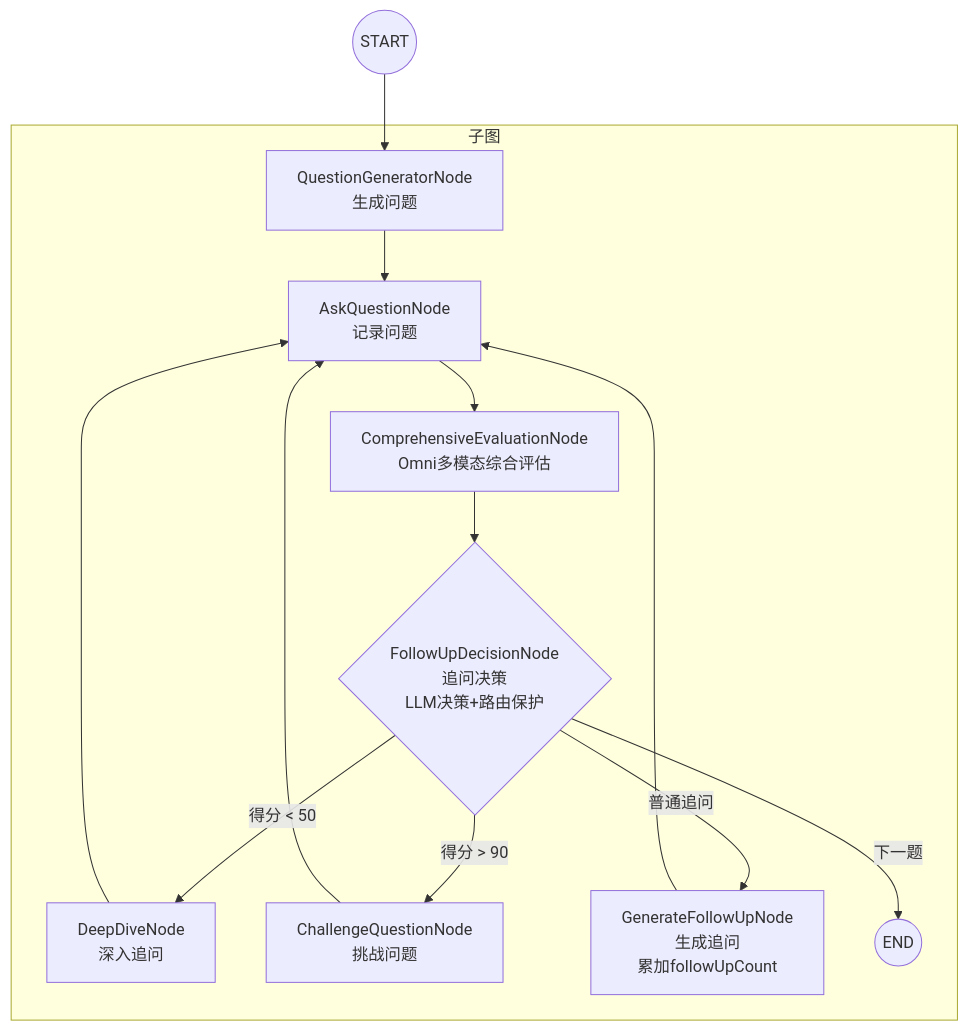
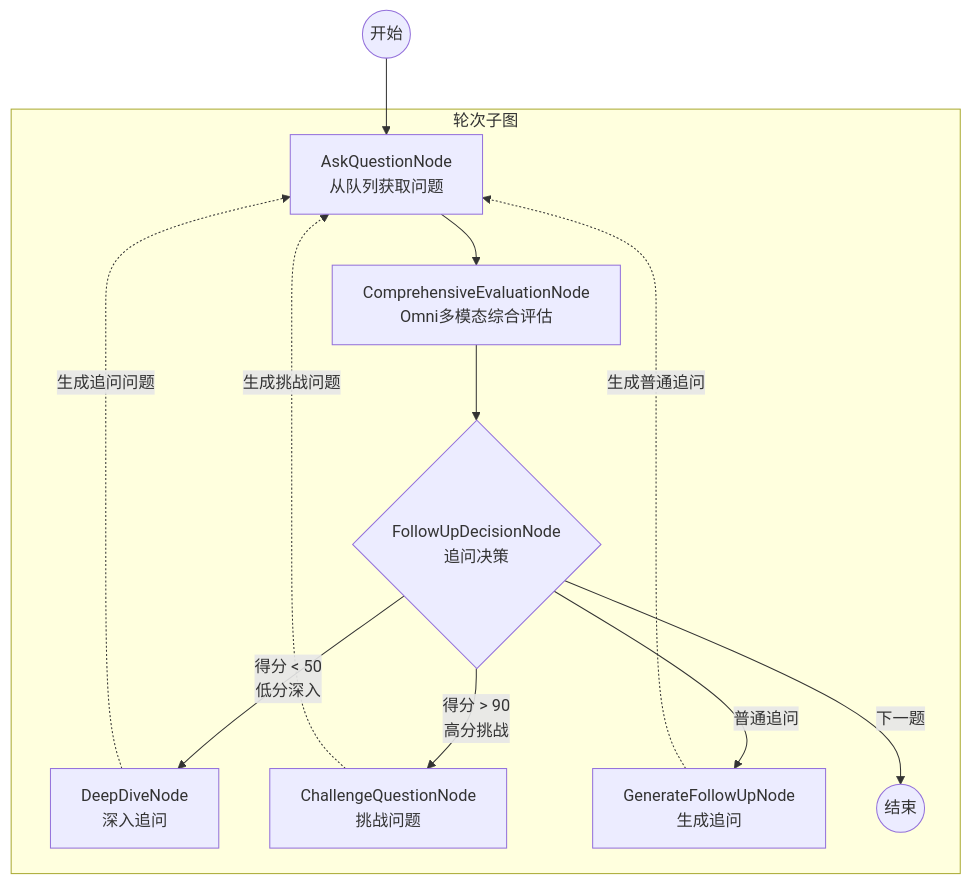
Before and after one commit to zunff/interview-agent: the third of 5 diagrams in README.md, drawn with Mermaid. The commit also changed other lines of this file and 47 other files, not shown here.

````diff
--- a/README.md
+++ b/README.md
@@ -65,23 +95,27 @@
 ```mermaid
 graph TD
-    SUB_START((START))
+    START((开始))
 
-    subgraph InterviewRoundGraph[子图]
-        GEN[QuestionGeneratorNode<br/>生成问题] --> ASK[AskQuestionNode<br/>记录问题]
-
-        ASK --> EVAL[ComprehensiveEvaluationNode<br/>Omni多模态综合评估]
-
-        EVAL --> DECISION{FollowUpDecisionNode<br/>追问决策<br/>LLM决策+路由保护}
-
-        DECISION -->|得分 < 50| DEEP[DeepDiveNode<br/>深入追问]
-        DECISION -->|得分 > 90| CHALLENGE[ChallengeQuestionNode<br/>挑战问题]
-        DECISION -->|普通追问| FOLLOW[GenerateFollowUpNode<br/>生成追问<br/>累加followUpCount]
-        DECISION -->|下一题| SUB_END((END))
-
-        DEEP --> ASK
-        CHALLENGE --> ASK
-        FOLLOW --> ASK
+    subgraph InterviewRoundGraph[轮次子图]
+        ASK[AskQuestionNode<br/>从队列获取问题]
+        EVAL[ComprehensiveEvaluationNode<br/>Omni多模态综合评估]
+        DECISION{FollowUpDecisionNode<br/>追问决策}
+        DEEP[DeepDiveNode<br/>深入追问]
+        CHALLENGE[ChallengeQuestionNode<br/>挑战问题]
+        FOLLOW[GenerateFollowUpNode<br/>生成追问]
+        END((结束))
     end
 
-    SUB_START --> GEN
+    START --> ASK
+    ASK --> EVAL
+    EVAL --> DECISION
+
+    DECISION -->|得分 &lt; 50<br/>低分深入| DEEP
+    DECISION -->|得分 &gt; 90<br/>高分挑战| CHALLENGE
+    DECISION -->|普通追问| FOLLOW
+    DECISION -->|下一题| END
+
+    DEEP -.->|生成追问问题| ASK
+    CHALLENGE -.->|生成挑战问题| ASK
+    FOLLOW -.->|生成普通追问| ASK
 ```
````
